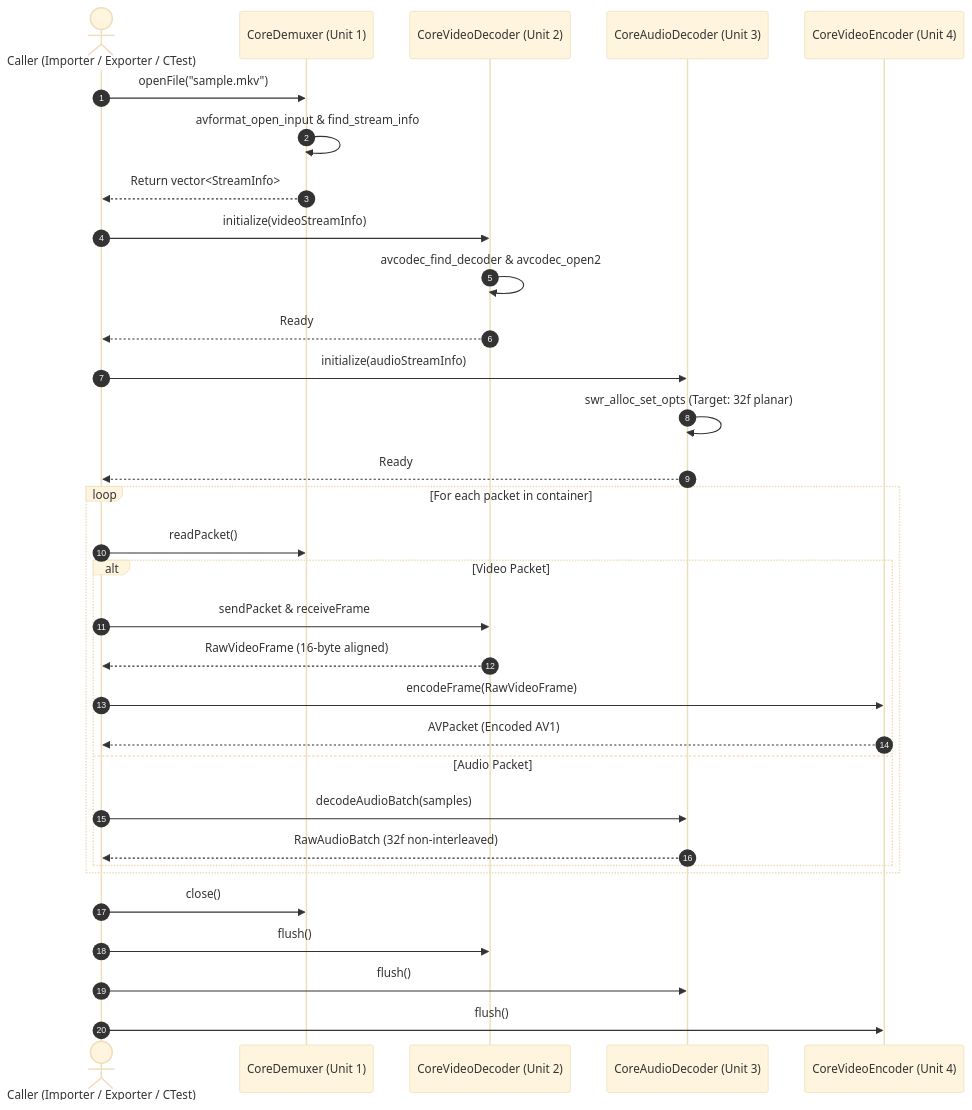
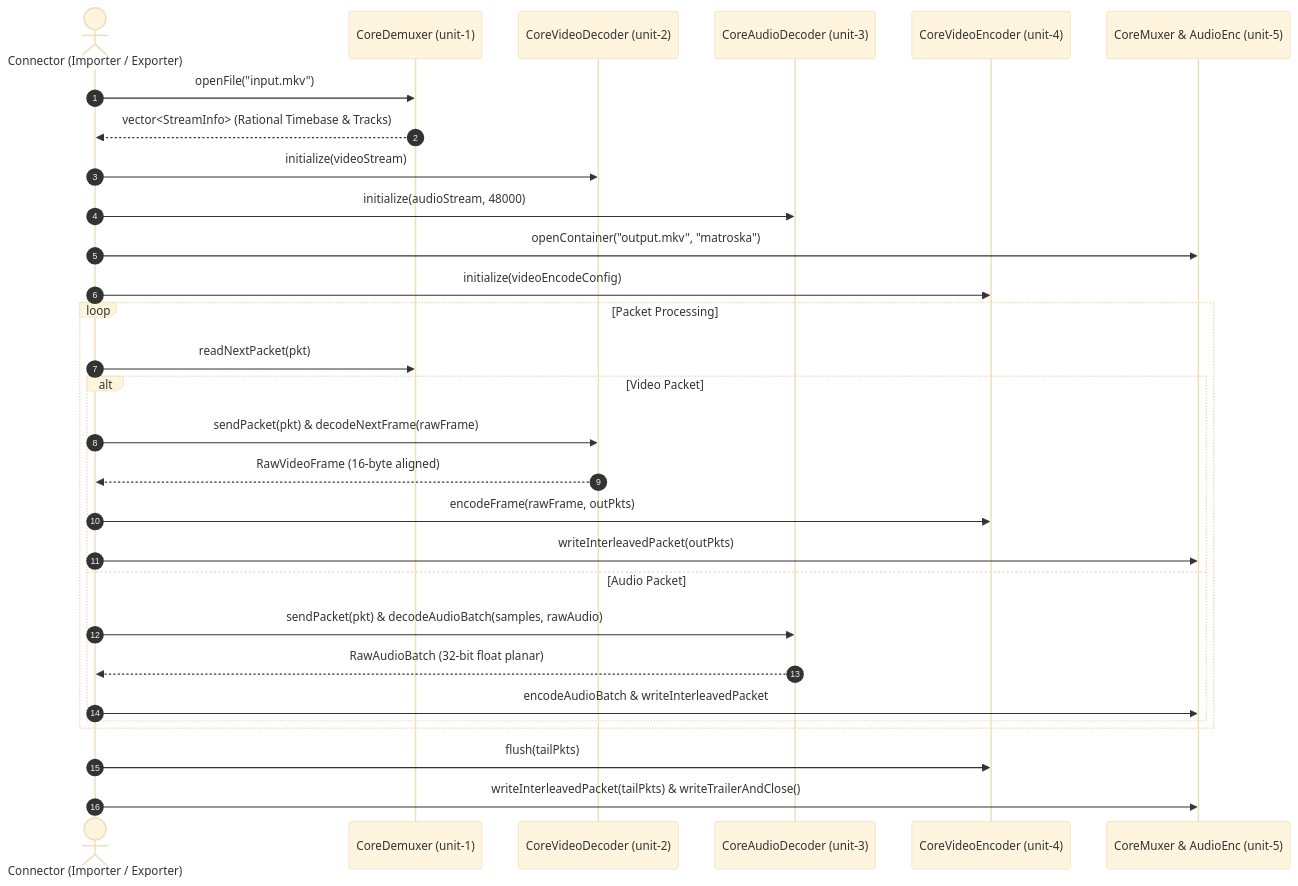
The diagram in docs/user-stories/module-1-core-engine/us-1.2.0-core-media-library.md (abdelrazekwork72-beep/AV1), drawn with Mermaid (base theme) before and after one commit. The commit also changed other lines of this file and 15 other files, not shown here.

Commit message:
fix(docs): unify architecture, Premiere Pro SDK protocols, base contracts, and 50 implementation units across all 4 modules and 11 user stories

````diff
--- a/docs/user-stories/module-1-core-engine/us-1.2.0-core-media-library.md
+++ b/docs/user-stories/module-1-core-engine/us-1.2.0-core-media-library.md
@@ -85,39 +87,33 @@
 ```mermaid
 sequenceDiagram
     autonumber
-    actor Client as Caller (Importer / Exporter / CTest)
-    participant Demux as CoreDemuxer (Unit 1)
-    participant VDec as CoreVideoDecoder (Unit 2)
-    participant ADec as CoreAudioDecoder (Unit 3)
-    participant VEnc as CoreVideoEncoder (Unit 4)
+    actor Caller as Connector (Importer / Exporter)
+    participant Demux as CoreDemuxer (unit-1)
+    participant VDec as CoreVideoDecoder (unit-2)
+    participant ADec as CoreAudioDecoder (unit-3)
+    participant VEnc as CoreVideoEncoder (unit-4)
+    participant Mux as CoreMuxer & AudioEnc (unit-5)
 
-    Client->>Demux: openFile("sample.mkv")
-    Demux->>Demux: avformat_open_input & find_stream_info
-    Demux-->>Client: Return vector<StreamInfo>
+    Caller->>Demux: openFile("input.mkv")
+    Demux-->>Caller: vector<StreamInfo> (Rational Timebase & Tracks)
+    Caller->>VDec: initialize(videoStream)
+    Caller->>ADec: initialize(audioStream, 48000)
+    Caller->>Mux: openContainer("output.mkv", "matroska")
+    Caller->>VEnc: initialize(videoEncodeConfig)
 
-    Client->>VDec: initialize(videoStreamInfo)
-    VDec->>VDec: avcodec_find_decoder & avcodec_open2
-    VDec-->>Client: Ready
-
-    Client->>ADec: initialize(audioStreamInfo)
-    ADec->>ADec: swr_alloc_set_opts (Target: 32f planar)
-    ADec-->>Client: Ready
-
-    loop For each packet in container
-        Client->>Demux: readPacket()
+    loop Packet Processing
+        Caller->>Demux: readNextPacket(pkt)
         alt Video Packet
-            Client->>VDec: sendPacket & receiveFrame
-            VDec-->>Client: RawVideoFrame (16-byte aligned)
-            Client->>VEnc: encodeFrame(RawVideoFrame)
-            VEnc-->>Client: AVPacket (Encoded AV1)
+            Caller->>VDec: sendPacket(pkt) & decodeNextFrame(rawFrame)
+            VDec-->>Caller: RawVideoFrame (16-byte aligned)
+            Caller->>VEnc: encodeFrame(rawFrame, outPkts)
+            Caller->>Mux: writeInterleavedPacket(outPkts)
         else Audio Packet
-            Client->>ADec: decodeAudioBatch(samples)
-            ADec-->>Client: RawAudioBatch (32f non-interleaved)
+            Caller->>ADec: sendPacket(pkt) & decodeAudioBatch(samples, rawAudio)
+            ADec-->>Caller: RawAudioBatch (32-bit float planar)
+            Caller->>Mux: encodeAudioBatch & writeInterleavedPacket
         end
     end
-
-    Client->>Demux: close()
-    Client->>VDec: flush()
-    Client->>ADec: flush()
-    Client->>VEnc: flush()
+    Caller->>VEnc: flush(tailPkts)
+    Caller->>Mux: writeInterleavedPacket(tailPkts) & writeTrailerAndClose()
 ```
````
